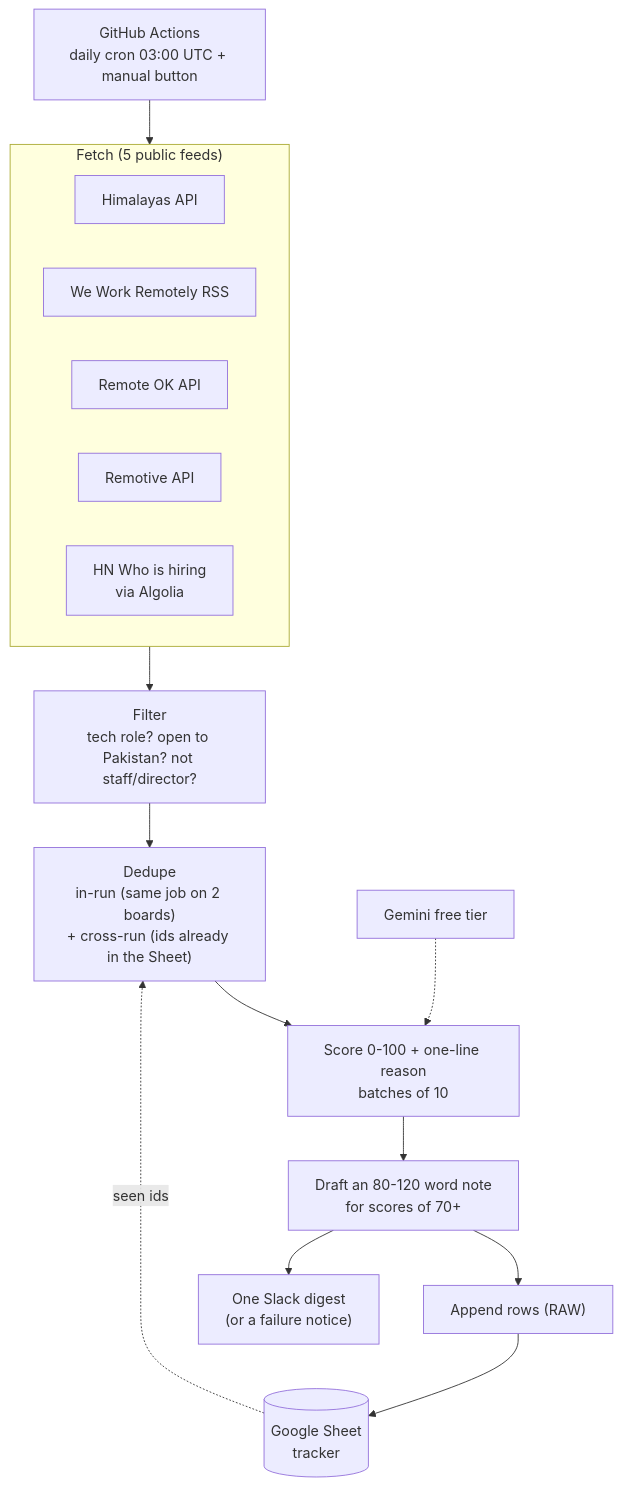
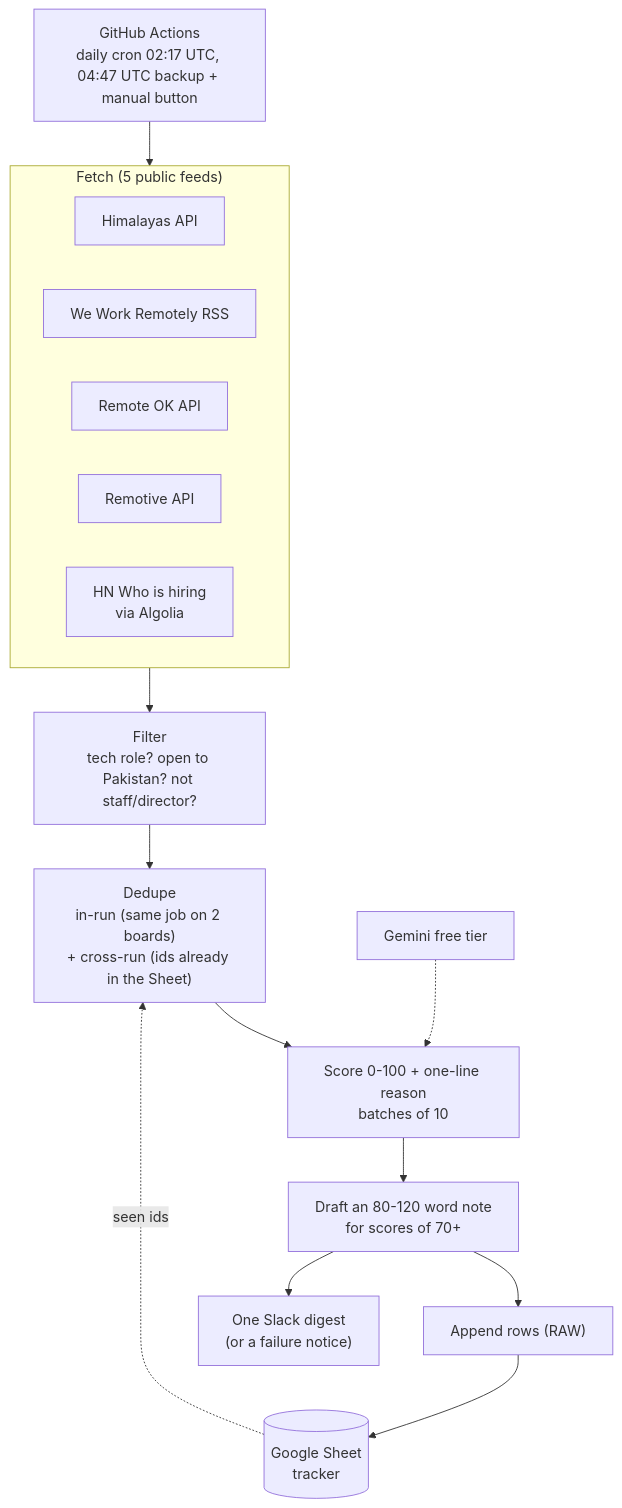
The diagram in README.md (ibrahimsaadqureshi/job-agent), drawn with Mermaid before and after one commit. The commit also changed other lines of this file and 2 other files, not shown here.

Commit message:
Move daily run off the hour and add a backup slot

````diff
--- a/README.md
+++ b/README.md
@@ -27,19 +27,19 @@
 ```mermaid
 flowchart TD
-    cron["GitHub Actions<br/>daily cron 03:00 UTC + manual button"] --> fetch
+    cron["GitHub Actions<br/>daily cron 02:17 UTC, 04:47 UTC backup + manual button"] --> fetch
     subgraph fetch["Fetch (5 public feeds)"]
         himalayas[Himalayas API]
         wwr[We Work Remotely RSS]
         remoteok[Remote OK API]
         remotive[Remotive API]
         hn[HN Who is hiring<br/>via Algolia]
     end
     fetch --> filter["Filter<br/>tech role? open to Pakistan? not staff/director?"]
     filter --> dedupe["Dedupe<br/>in-run (same job on 2 boards)<br/>+ cross-run (ids already in the Sheet)"]
     sheet[("Google Sheet<br/>tracker")] -. seen ids .-> dedupe
     dedupe --> score["Score 0-100 + one-line reason<br/>batches of 10"]
     score --> draft["Draft an 80-120 word note<br/>for scores of 70+"]
     gemini["Gemini free tier"] -.-> score
     draft --> append["Append rows (RAW)"] --> sheet
     draft --> slack["One Slack digest<br/>(or a failure notice)"]
 ```
````
